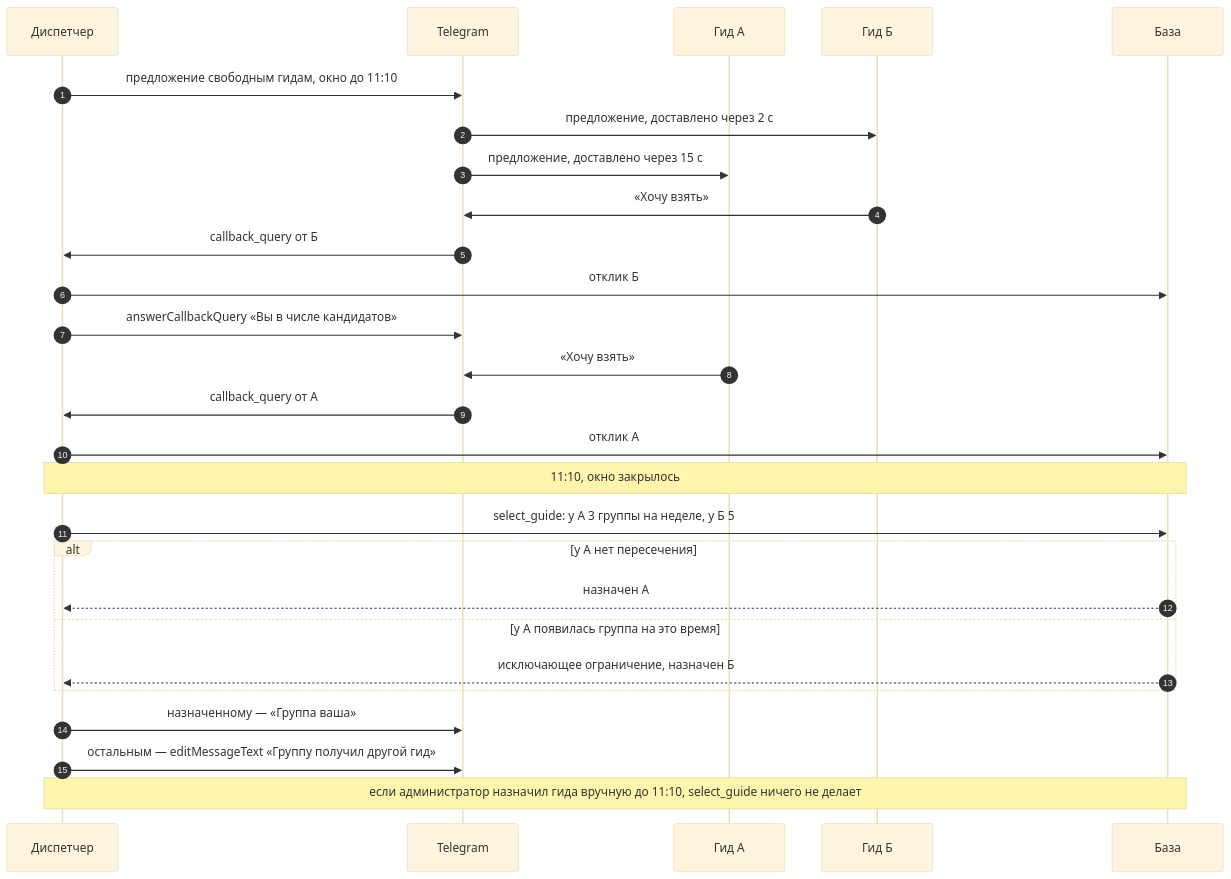
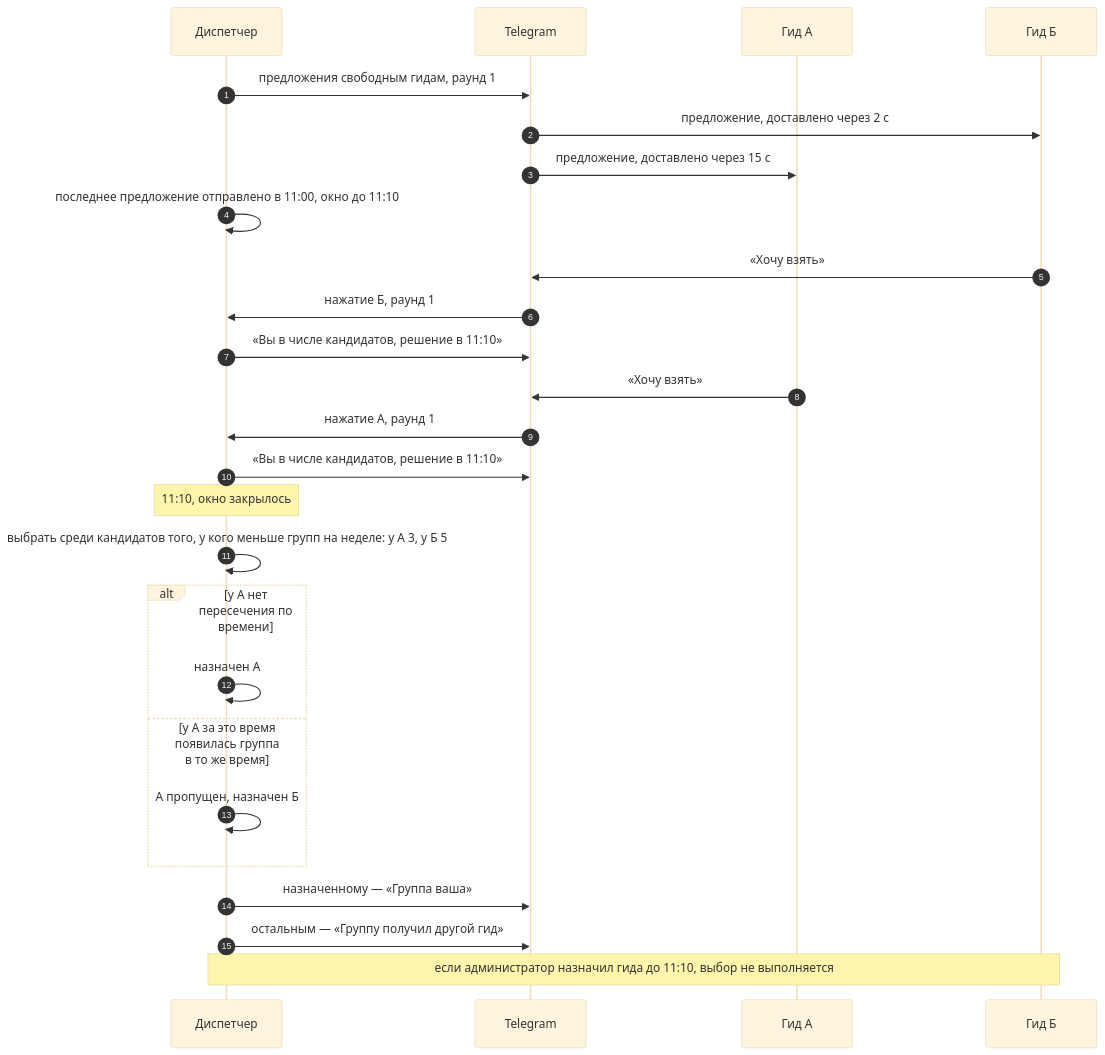
One commit to KORTEZZ12/excursion-dispatch changed the second of 6 diagrams in docs/design/sequences.md. Above: the diagram before and after it, drawn with Mermaid (base theme). The commit also changed other lines of this file and 10 other files, not shown here.

````diff
--- a/docs/design/sequences.md
+++ b/docs/design/sequences.md
@@ -51,29 +47,28 @@
 ```mermaid
 sequenceDiagram
   autonumber
   participant D as Диспетчер
   participant TG as Telegram
   participant A as Гид А
   participant B as Гид Б
-  participant DB as База
-  D->>TG: предложение свободным гидам, окно до 11:10
+  D->>TG: предложения свободным гидам, раунд 1
   TG->>B: предложение, доставлено через 2 с
   TG->>A: предложение, доставлено через 15 с
+  D->>D: последнее предложение отправлено в 11:00, окно до 11:10
   B->>TG: «Хочу взять»
-  TG->>D: callback_query от Б
-  D->>DB: отклик Б
-  D->>TG: answerCallbackQuery «Вы в числе кандидатов»
+  TG->>D: нажатие Б, раунд 1
+  D->>TG: «Вы в числе кандидатов, решение в 11:10»
   A->>TG: «Хочу взять»
-  TG->>D: callback_query от А
-  D->>DB: отклик А
-  Note over D,DB: 11:10, окно закрылось
-  D->>DB: select_guide: у А 3 группы на неделе, у Б 5
-  alt у А нет пересечения
-    DB-->>D: назначен А
-  else у А появилась группа на это время
-    DB-->>D: исключающее ограничение, назначен Б
+  TG->>D: нажатие А, раунд 1
+  D->>TG: «Вы в числе кандидатов, решение в 11:10»
+  Note over D: 11:10, окно закрылось
+  D->>D: выбрать среди кандидатов того, у кого меньше групп на неделе: у А 3, у Б 5
+  alt у А нет пересечения по времени
+    D->>D: назначен А
+  else у А за это время появилась группа в то же время
+    D->>D: А пропущен, назначен Б
   end
   D->>TG: назначенному — «Группа ваша»
-  D->>TG: остальным — editMessageText «Группу получил другой гид»
-  Note over D,DB: если администратор назначил гида вручную до 11:10, select_guide ничего не делает
+  D->>TG: остальным — «Группу получил другой гид»
+  Note over D,B: если администратор назначил гида до 11:10, выбор не выполняется
 ```
````
